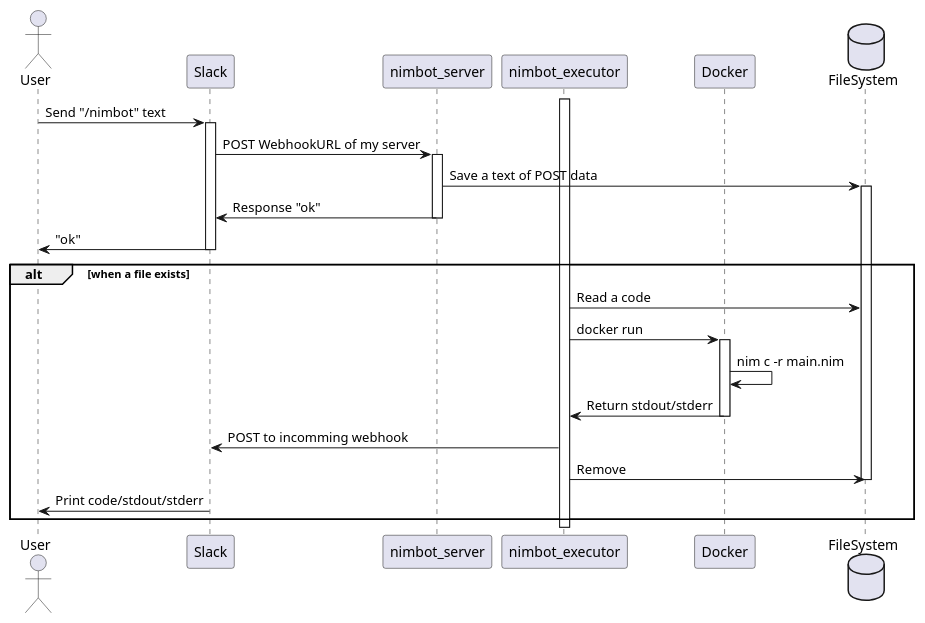
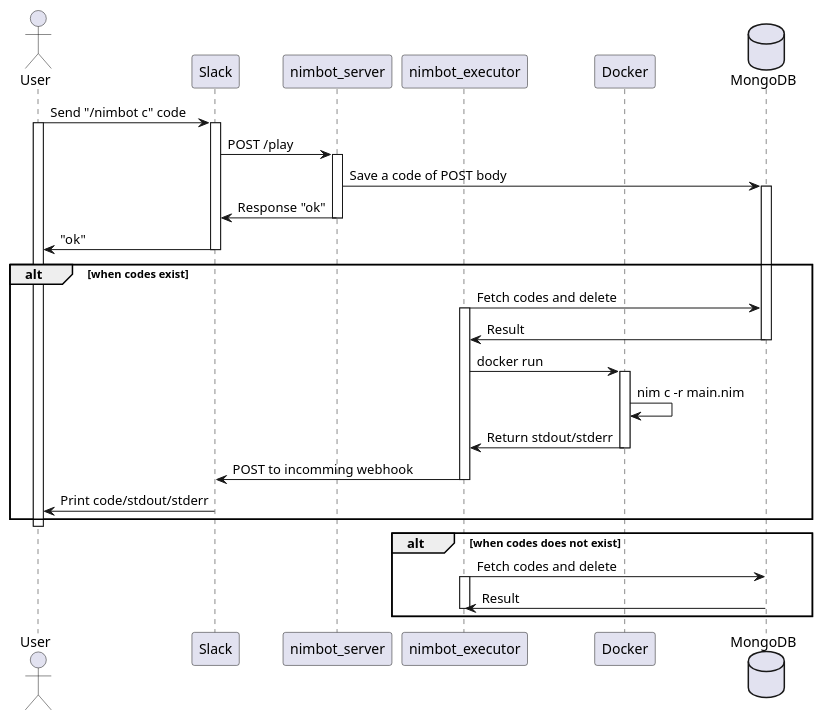
Before and after one commit to jiro4989/nimbot: the diagram in docs/data_flow.puml, drawn with PlantUML. The commit also changed 3 other files, not shown here.

Commit message:
データフロー図を更新 #15

```diff
--- a/docs/data_flow.puml
+++ b/docs/data_flow.puml
@@ -1,36 +1,45 @@
-@startuml
+@startuml data_flow
 
 actor User as user
 participant Slack as slack
 participant nimbot_server as server
 participant nimbot_executor as exec
 participant Docker as container
-database FileSystem as fs
+database MongoDB as db
 
-activate exec
-
-user -> slack : Send "/nimbot" text
+user -> slack : Send "/nimbot c" code
+activate user
 activate slack
-slack -> server : POST WebhookURL of my server
+slack -> server : POST /play
 activate server
-server -> fs : Save a text of POST data
-activate fs
+server -> db : Save a code of POST body
+activate db
 server -> slack : Response "ok"
 deactivate server
 slack -> user : "ok"
 deactivate slack
 
-alt when a file exists
-    exec -> fs : Read a code
+alt when codes exist
+    exec -> db : Fetch codes and delete
+    activate exec
+    db -> exec : Result
+    deactivate db
     exec -> container : docker run
     activate container
     container -> container : nim c -r main.nim
     container -> exec : Return stdout/stderr
     deactivate container
     exec -> slack : POST to incomming webhook
-    exec -> fs : Remove
-    deactivate fs
+    deactivate exec
     slack -> user : Print code/stdout/stderr
+end
+deactivate user
+
+alt when codes does not exist
+    exec -> db : Fetch codes and delete
+    activate exec
+    db -> exec : Result
+    deactivate exec
 end
 
 @enduml
```
